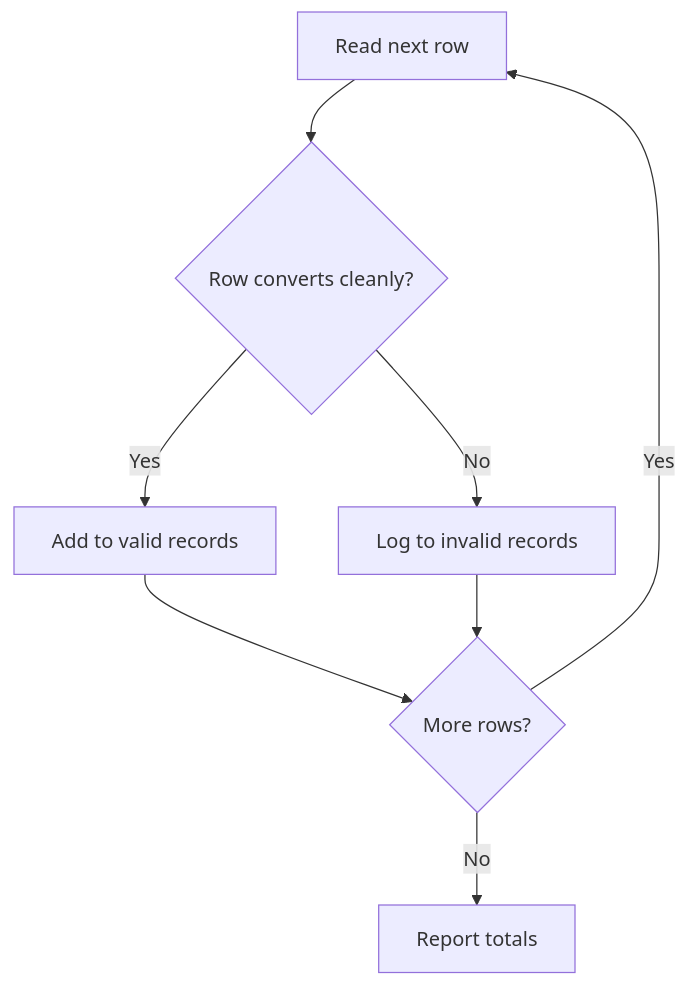
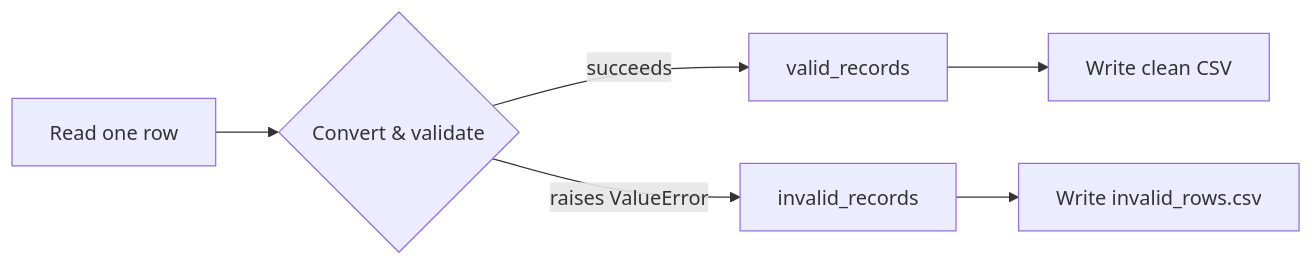
Before and after one commit to Kaveripriya/AI-Academy: the diagram in CRESCENT/python-foundations/modules/p5-files-exception-handling/unit-5-3-case-study.md, drawn with Mermaid. The commit also changed other lines of this file and 21 other files, not shown here.

````diff
--- a/CRESCENT/python-foundations/modules/p5-files-exception-handling/unit-5-3-case-study.md
+++ b/CRESCENT/python-foundations/modules/p5-files-exception-handling/unit-5-3-case-study.md
@@ -66,10 +98,8 @@
 ```mermaid
-flowchart TD
-    A[Read next row] --> B{Row converts cleanly?}
-    B -- Yes --> C[Add to valid records]
-    B -- No --> D[Log to invalid records]
-    C --> E{More rows?}
-    D --> E
-    E -- Yes --> A
-    E -- No --> F[Report totals]
+flowchart LR
+    A[Read one row] --> B{Convert & validate}
+    B -->|succeeds| C[valid_records]
+    B -->|raises ValueError| D[invalid_records]
+    C --> E[Write clean CSV]
+    D --> F[Write invalid_rows.csv]
 ```
````
